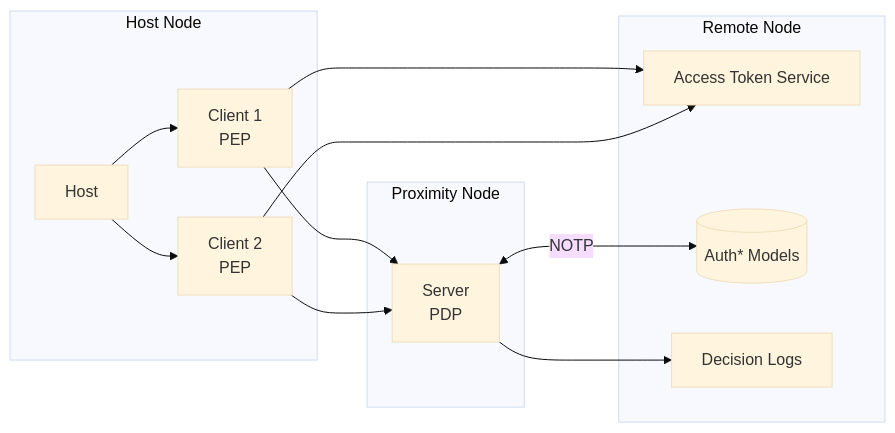
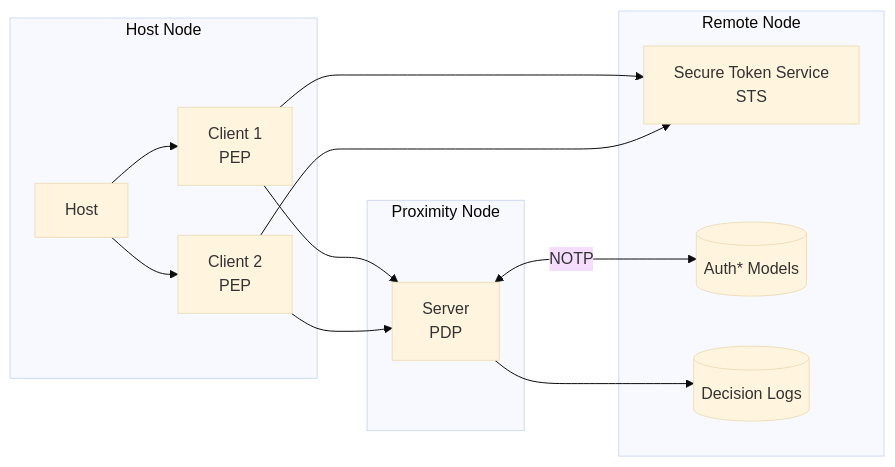
Before and after one commit to ztauthstar/ztauthstar: the diagram in content/openprotocolspec/2025-04-05/architecture/_index.md, drawn with Mermaid (base theme).

Commit message:
refactor: docs: working on spec

````diff
--- a/content/openprotocolspec/2025-04-05/architecture/_index.md
+++ b/content/openprotocolspec/2025-04-05/architecture/_index.md
@@ -31,27 +31,27 @@
 ```mermaid
 graph LR
     subgraph "Host Node"
         H[Host]
         C1[Client 1 <br> PEP]
         C2[Client 2 <br> PEP]
         H --> C1
         H --> C2
     end
 
     subgraph "Proximity Node"
         S1[Server <br> PDP]
         C1 --> S1
         C2 --> S1
     end
 
     subgraph "Remote Node"
-        ATS["Access Token Service"]
+        STS["Secure Token Service<br>STS"]
         MR[("Auth* Models")]
-        DL[Decision Logs]
+        DL[(Decision Logs)]
 
-        C1 --> ATS
-        C2 --> ATS
+        C1 --> STS
+        C2 --> STS
         S1 <-- "NOTP" -->  MR
         S1 --> DL
     end
 ```
````
